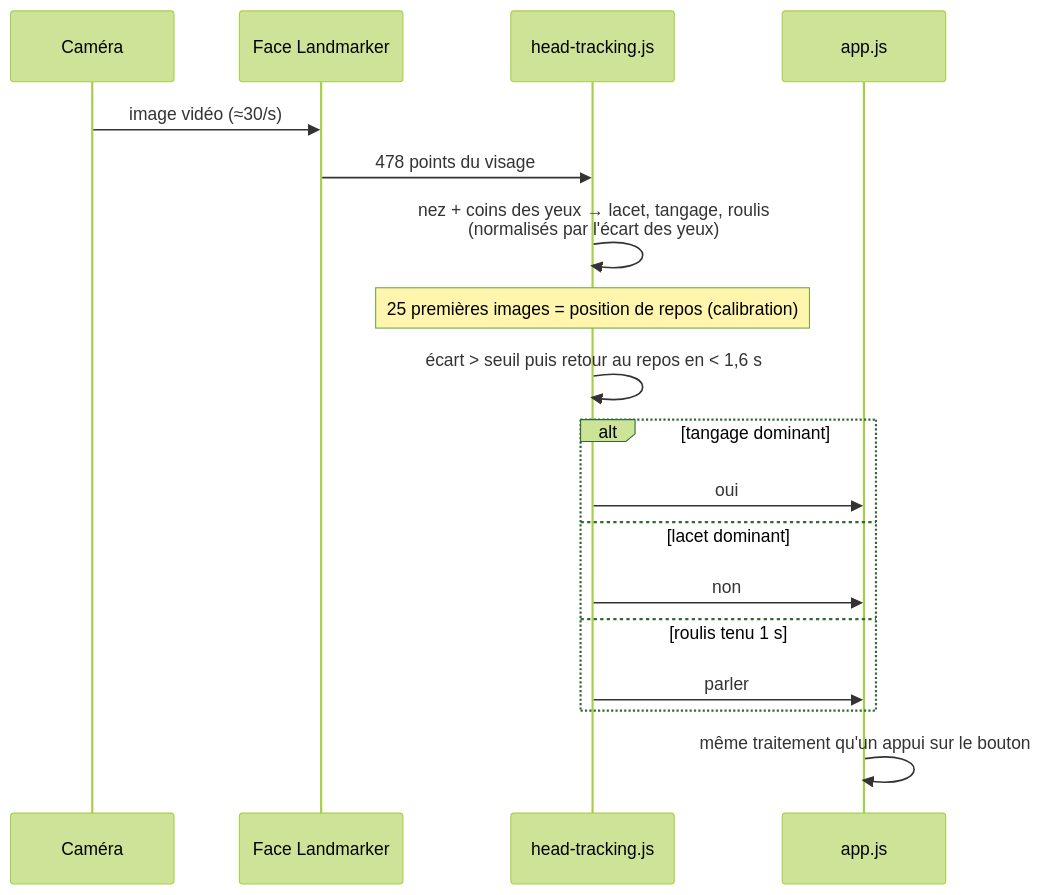
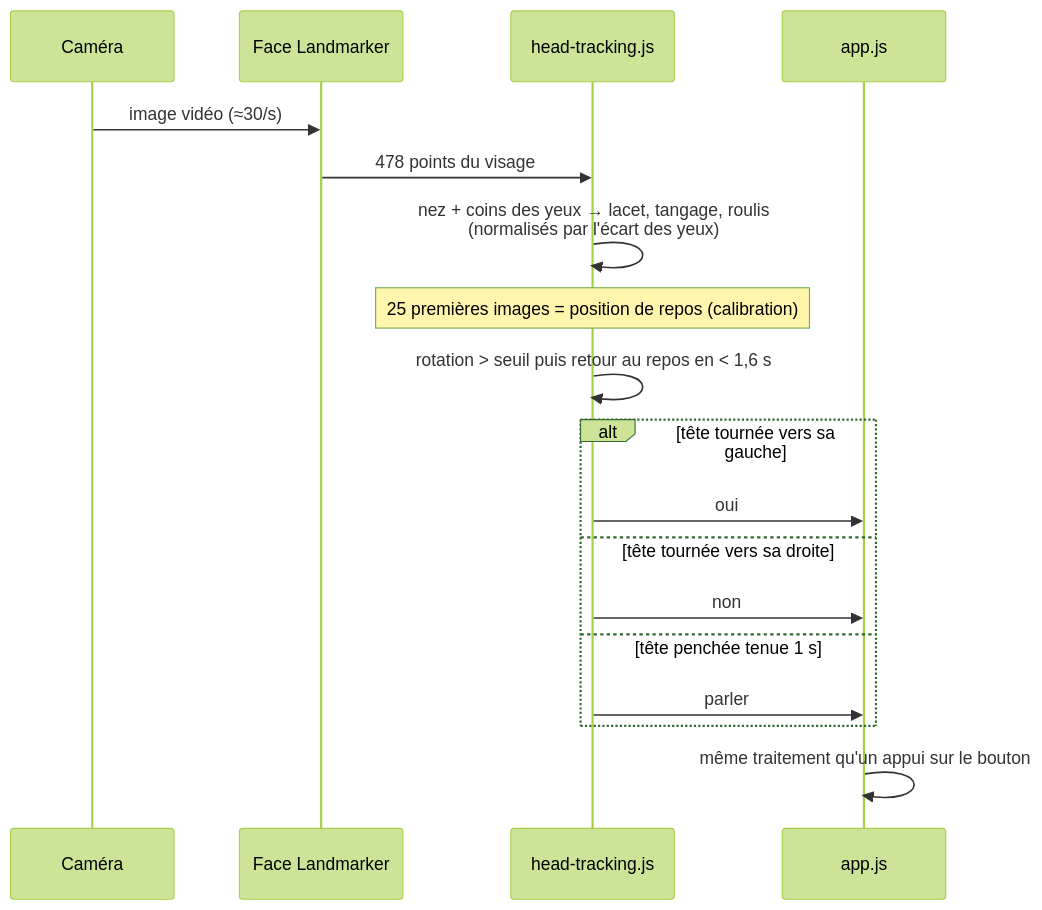
The second of 5 diagrams in anna-vercel/docs/ARCHITECTURE.md (amine-bazi/annahacktathon26), drawn with Mermaid (forest theme) before and after one commit. The commit also changed other lines of this file and 16 other files, not shown here.

First line of the commit message:
Grille thèmes/pictogrammes, Top 3, gestes gauche=oui / droite=non, onglet Ajouter

````diff
--- a/anna-vercel/docs/ARCHITECTURE.md
+++ b/anna-vercel/docs/ARCHITECTURE.md
@@ -97,20 +97,20 @@
 ```mermaid
 sequenceDiagram
   participant C as Caméra
   participant M as Face Landmarker
   participant H as head-tracking.js
   participant A as app.js
   C->>M: image vidéo (≈30/s)
   M->>H: 478 points du visage
   H->>H: nez + coins des yeux → lacet, tangage, roulis<br/>(normalisés par l'écart des yeux)
   Note over H: 25 premières images = position de repos (calibration)
-  H->>H: écart > seuil puis retour au repos en < 1,6 s
-  alt tangage dominant
+  H->>H: rotation > seuil puis retour au repos en < 1,6 s
+  alt tête tournée vers sa gauche
     H->>A: oui
-  else lacet dominant
+  else tête tournée vers sa droite
     H->>A: non
-  else roulis tenu 1 s
+  else tête penchée tenue 1 s
     H->>A: parler
   end
   A->>A: même traitement qu'un appui sur le bouton
 ```
````
